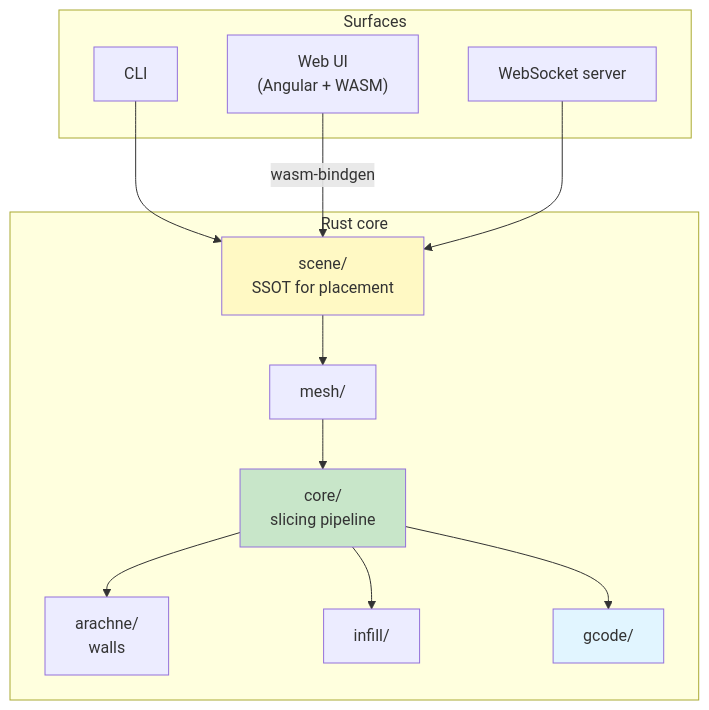
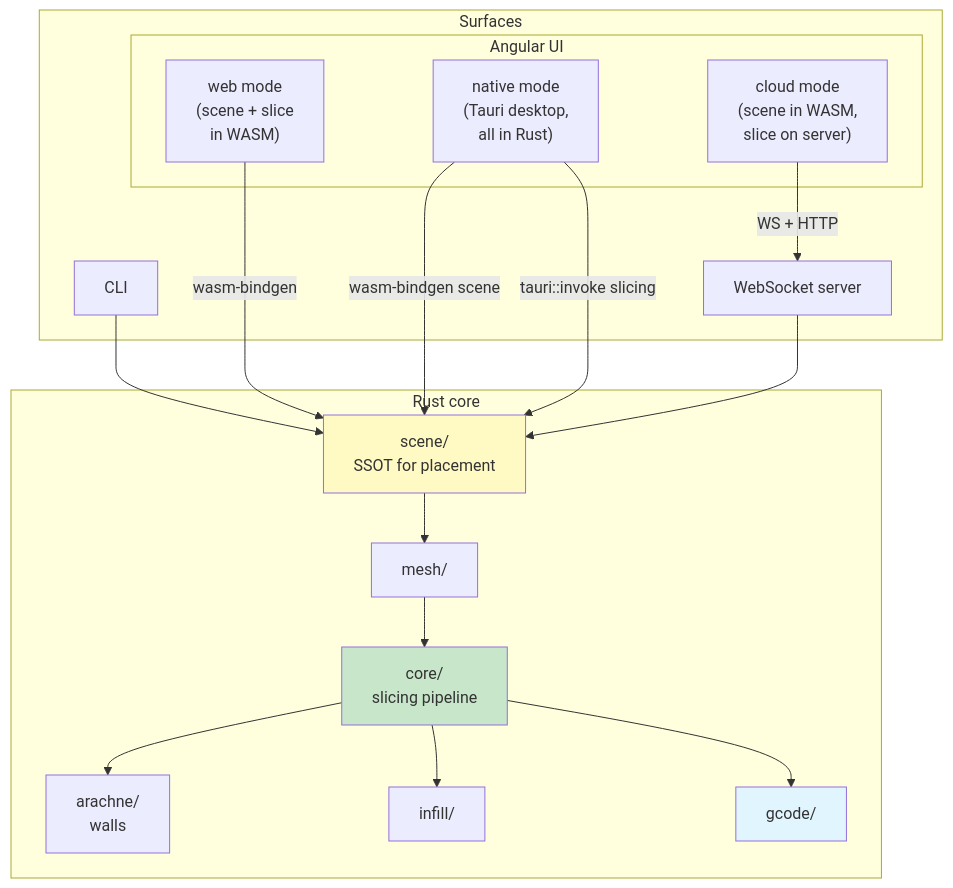
Before and after one commit to max-scopp/slicer-engine: the diagram in README.md, drawn with Mermaid. The commit also changed other lines of this file and 52 other files, not shown here.

````diff
--- a/README.md
+++ b/README.md
@@ -29,28 +29,35 @@
 ```mermaid
 graph TB
     subgraph Surfaces
         F["CLI"]
-        E["Web UI<br/>(Angular + WASM)"]
         S["WebSocket server"]
+        subgraph UI["Angular UI"]
+            CM["cloud mode<br/>(scene in WASM,<br/>slice on server)"]
+            WM["web mode<br/>(scene + slice<br/>in WASM)"]
+            NM["native mode<br/>(Tauri desktop,<br/>all in Rust)"]
+        end
     end
 
     subgraph Core["Rust core"]
         SC["scene/<br/>SSOT for placement"]
         M["mesh/"]
         SL["core/<br/>slicing pipeline"]
         A["arachne/<br/>walls"]
         I["infill/"]
         G["gcode/"]
     end
 
     F --> SC
-    E -->|wasm-bindgen| SC
+    CM -->|"WS + HTTP"| S
+    WM -->|wasm-bindgen| SC
+    NM -->|"wasm-bindgen scene"| SC
+    NM -->|"tauri::invoke slicing"| SC
     S --> SC
     SC --> M --> SL --> A
     SL --> I
     SL --> G
 
     style SC fill:#fff9c4
     style SL fill:#c8e6c9
     style G fill:#e1f5ff
 ```
````
